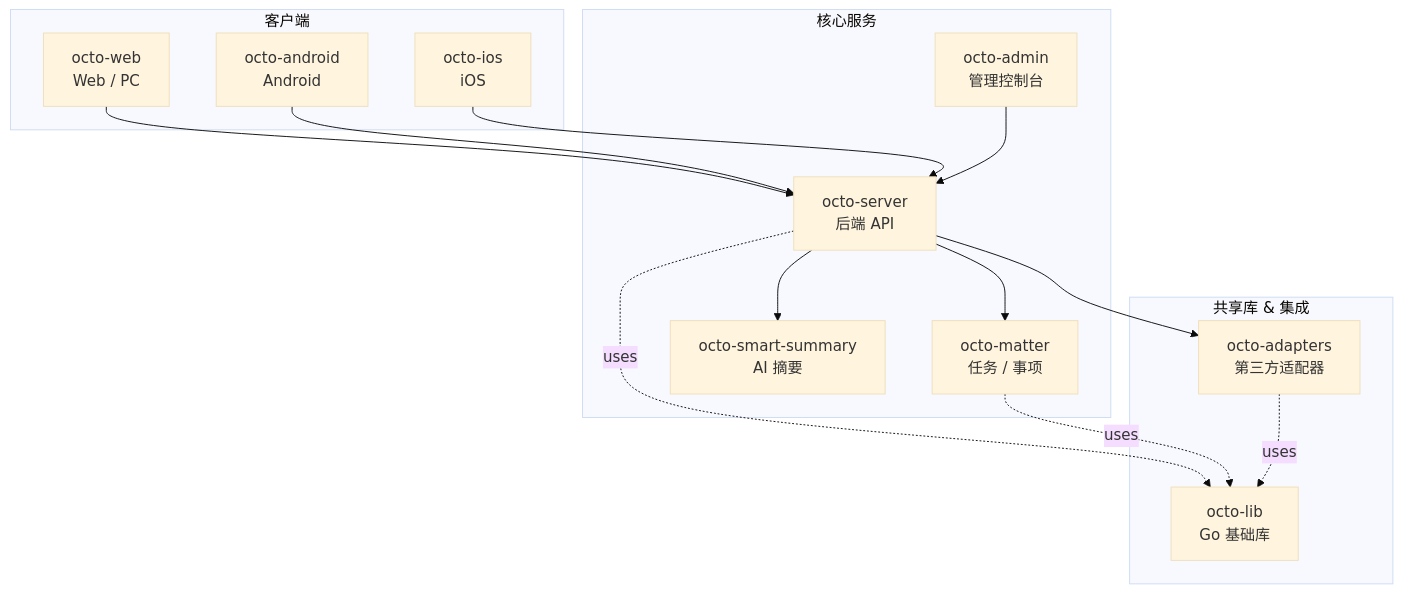
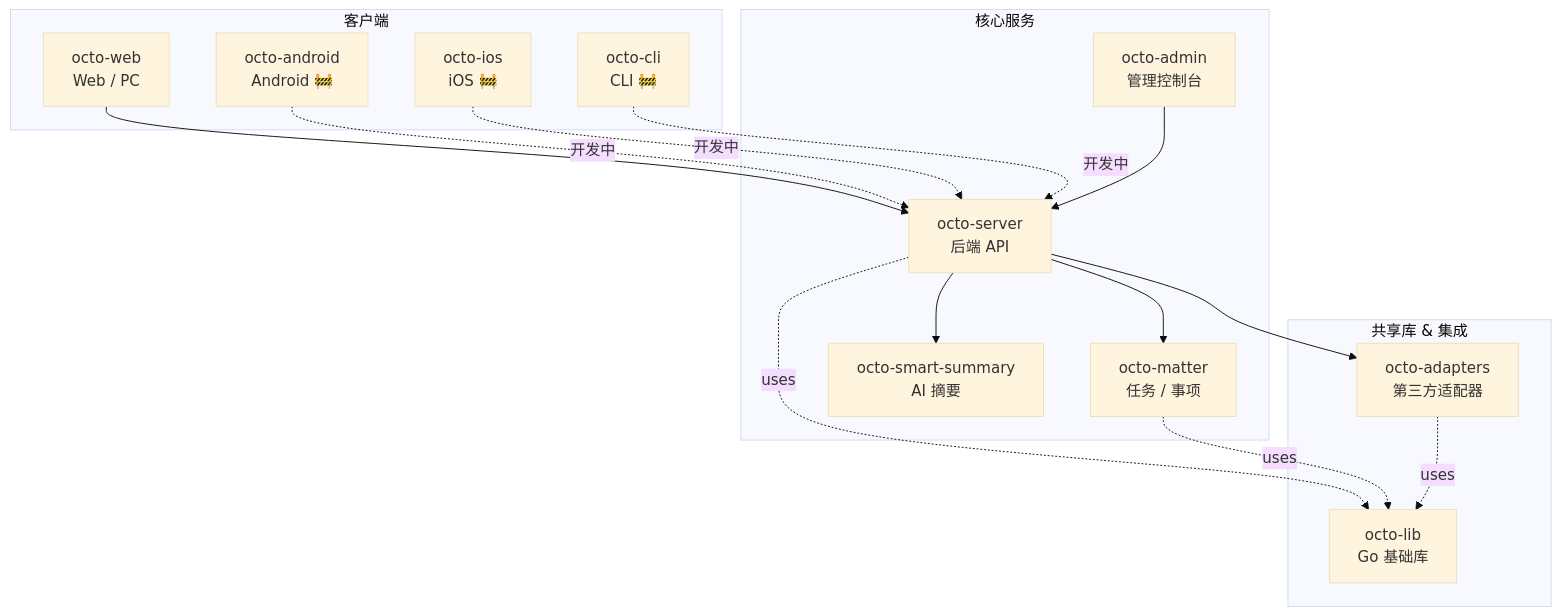
Before and after one commit to Mininglamp-OSS/community: the diagram in README.zh.md, drawn with Mermaid (base theme). The commit also changed other lines of this file and 1 other file, not shown here.

Commit message:
docs: mark octo-android, octo-ios, octo-cli as coming soon in ecosystem

````diff
--- a/README.zh.md
+++ b/README.zh.md
@@ -50,31 +50,33 @@
 ```mermaid
 graph TD
   subgraph Clients[客户端]
     Web[octo-web<br/>Web / PC]
-    Android[octo-android<br/>Android]
-    iOS[octo-ios<br/>iOS]
+    Android[octo-android<br/>Android 🚧]
+    iOS[octo-ios<br/>iOS 🚧]
+    CLI[octo-cli<br/>CLI 🚧]
   end
 
   subgraph Core[核心服务]
     Server[octo-server<br/>后端 API]
     Matter[octo-matter<br/>任务 / 事项]
     Summary[octo-smart-summary<br/>AI 摘要]
     Admin[octo-admin<br/>管理控制台]
   end
 
   subgraph Shared[共享库 & 集成]
     Lib[octo-lib<br/>Go 基础库]
     Adapters[octo-adapters<br/>第三方适配器]
   end
 
   Web --> Server
-  Android --> Server
-  iOS --> Server
+  Android -.开发中.-> Server
+  iOS -.开发中.-> Server
+  CLI -.开发中.-> Server
   Admin --> Server
   Server --> Matter
   Server --> Summary
   Server --> Adapters
   Server -.uses.-> Lib
   Matter -.uses.-> Lib
   Adapters -.uses.-> Lib
 ```
````
